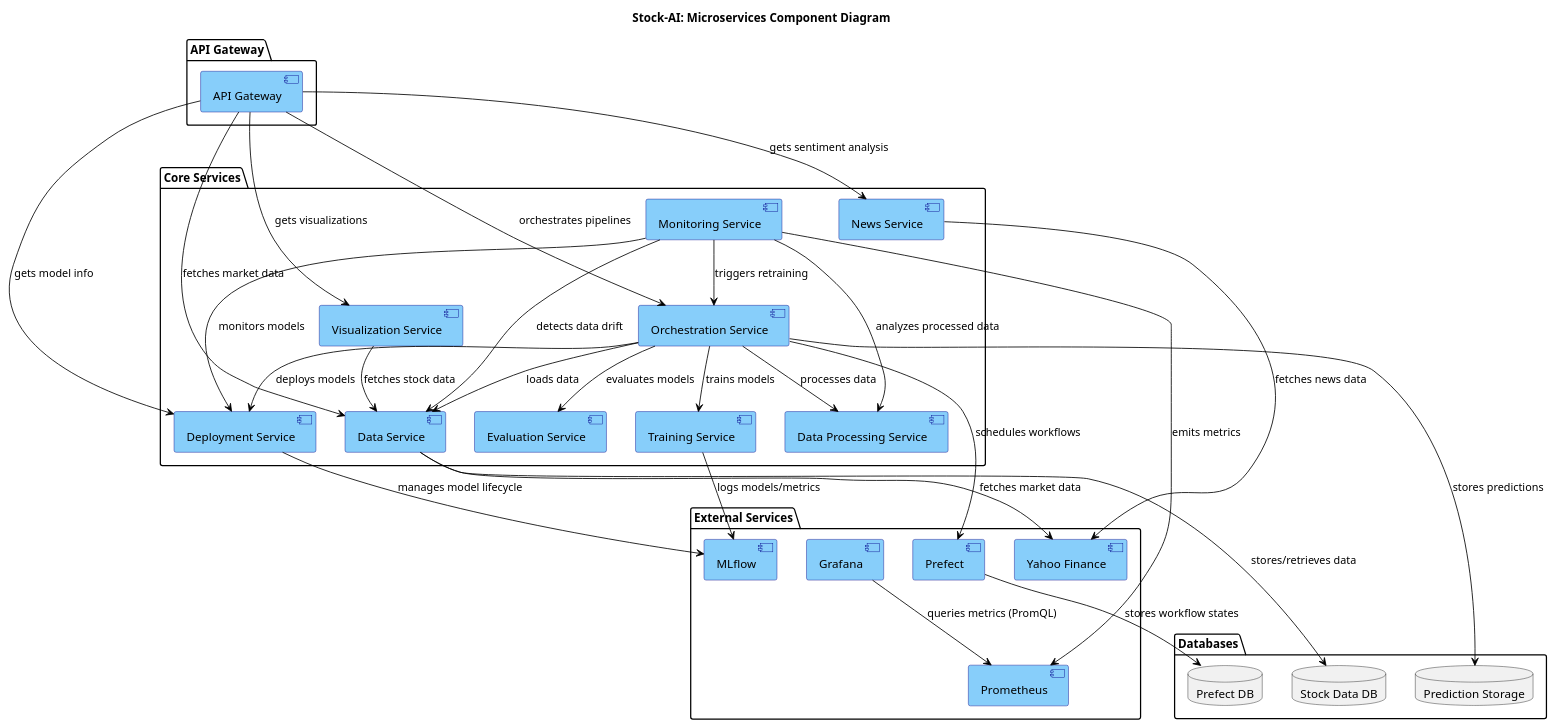
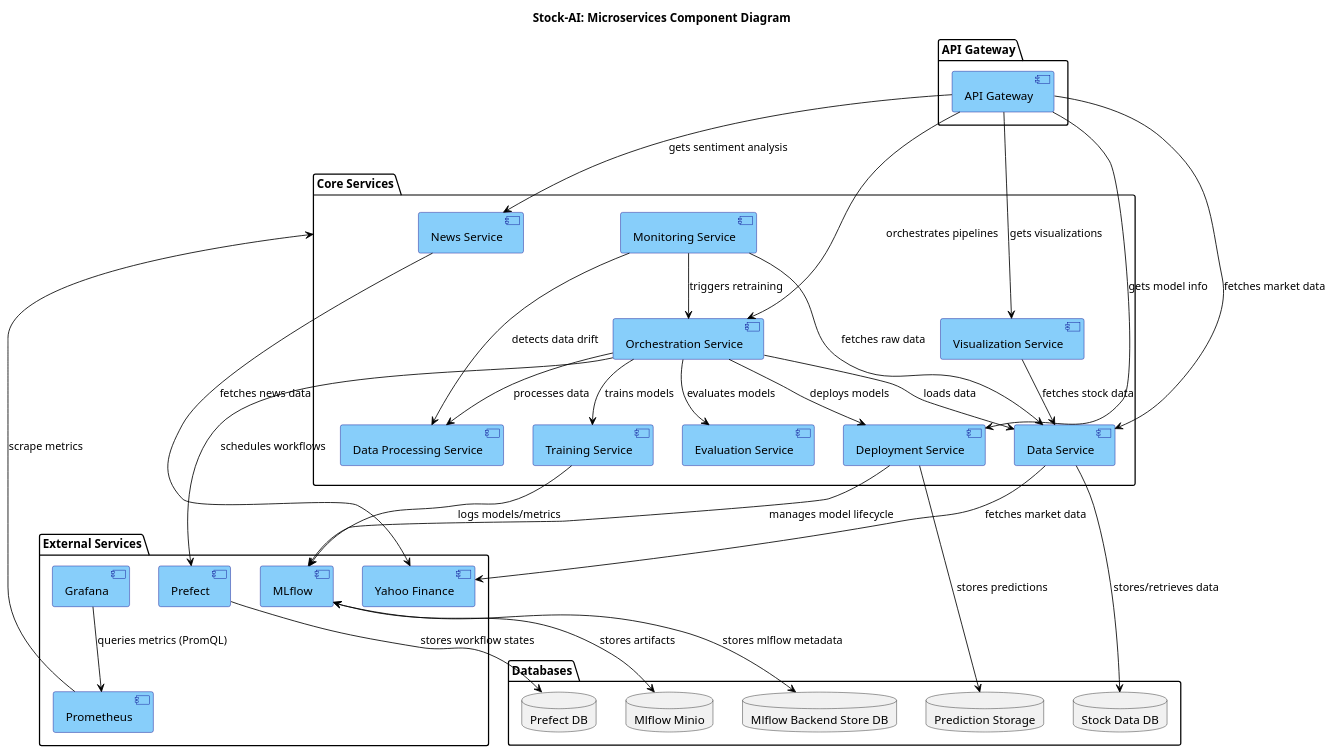
One commit to LOG795-PFE031/stock-ai_pfe031 changed the diagram in docs/microservices/architecture_microservices_component.puml. Above: the diagram before and after it, drawn with PlantUML. The commit also changed 48 other files, not shown here.

First line of the commit message:
Data processing service in its own container (#95)

```diff
--- a/docs/microservices/architecture_microservices_component.puml
+++ b/docs/microservices/architecture_microservices_component.puml
@@ -1,74 +1,81 @@
 @startuml Component_Diagram
 
 title Stock-AI: Microservices Component Diagram
 
 skinparam component {
   BackgroundColor LightSkyBlue
   BorderColor DarkBlue
   ArrowColor Black
 }
 
 package "API Gateway" {
   [API Gateway] as api
 }
 
-package "Core Services" {
+package "Core Services" as core_services {
   [Data Service] as dataService
   [Data Processing Service] as dataProcessingService
   [Training Service] as trainingService
   [Deployment Service] as deploymentService
   [Evaluation Service] as evaluationService
   [Orchestration Service] as orchestrationService
   [Monitoring Service] as monitoringService
   [News Service] as newsService
   [Visualization Service] as visualizationService
 }
 
 package "Databases" {
   database "Stock Data DB" as stockDB
   database "Prediction Storage" as predictionDB
   database "Prefect DB" as prefectDB
+  database "Mlflow Backend Store DB" as mlflowDB
+  database "Mlflow Minio" as mlflowMinio
 }
 
 package "External Services" {
   [MLflow] as mlflow
   [Prefect] as prefect
   [Prometheus] as prometheus
   [Grafana] as grafana
   [Yahoo Finance] as yahooFinance
 }
 
 ' Core service relationships
 dataService --> stockDB : stores/retrieves data
 orchestrationService --> dataService : loads data
 orchestrationService --> dataProcessingService : processes data
 orchestrationService --> trainingService : trains models
 orchestrationService --> deploymentService : deploys models
 orchestrationService --> evaluationService : evaluates models
-orchestrationService --> predictionDB : stores predictions
-monitoringService --> deploymentService : monitors models
 monitoringService --> orchestrationService : triggers retraining
-monitoringService --> dataService : detects data drift
-monitoringService --> dataProcessingService : analyzes processed data
+monitoringService --> dataService : fetches raw data
+monitoringService --> dataProcessingService : detects data drift
+deploymentService --> predictionDB : stores predictions
 newsService --> yahooFinance : fetches news data
 dataService --> yahooFinance : fetches market data
 visualizationService --> dataService : fetches stock data
 
 ' External service relationships
 trainingService --> mlflow : logs models/metrics
 deploymentService --> mlflow : manages model lifecycle
 orchestrationService --> prefect : schedules workflows
-monitoringService --> prometheus : emits metrics
 prefect --> prefectDB : stores workflow states
+
+' MLflow Data relationships
+mlflow <--> mlflowDB : stores mlflow metadata 
+mlflow <--> mlflowMinio : stores artifacts
 
 ' Grafana interroge Prometheus pour les métriques
 grafana --> prometheus : queries metrics (PromQL)
+
+' Prometheus scrape data de tout les core services
+prometheus --> core_services : scrape metrics
 
 ' API Gateway relationships
 api --> orchestrationService : orchestrates pipelines
 api --> dataService : fetches market data
 api --> newsService : gets sentiment analysis
 api --> visualizationService : gets visualizations
 api --> deploymentService : gets model info
 
 @enduml
```
